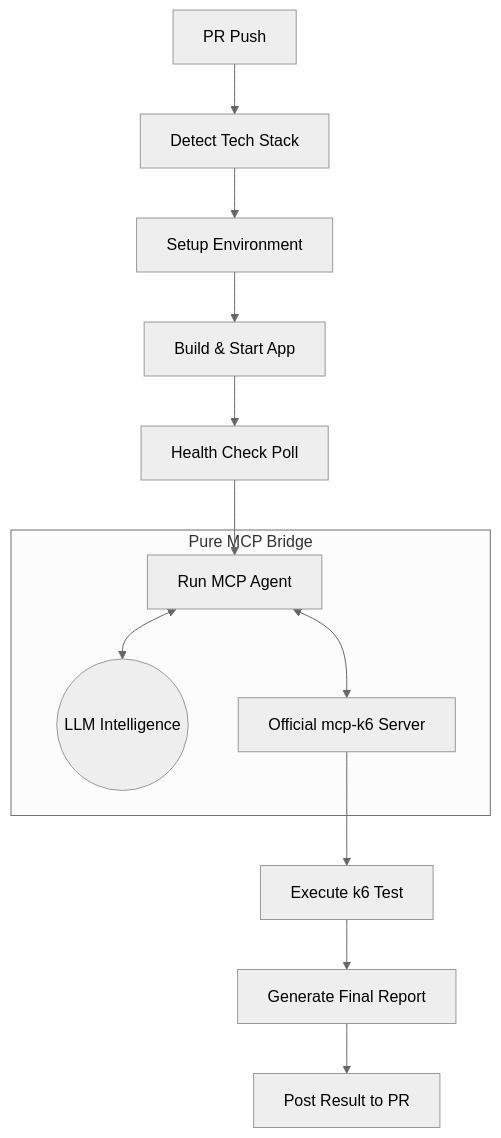
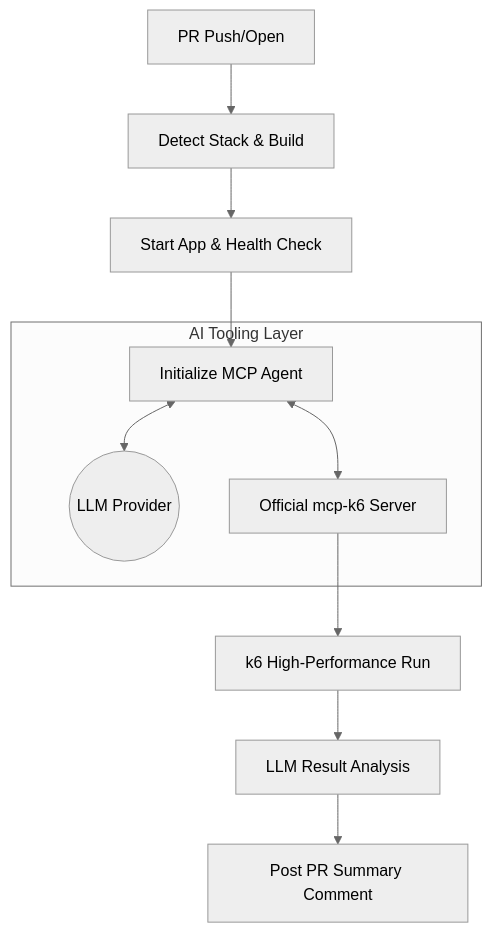
The diagram in README.md (shadmanakbar/k6-auto-pr-performance-tests), drawn with Mermaid (neutral theme) before and after one commit. The commit also changed other lines of this file, not shown here.

Commit message:
docs: finalize professional README with Mermaid diagrams

````diff
--- a/README.md
+++ b/README.md
@@ -31,17 +23,15 @@
 ```mermaid
 graph TD
-    A[PR Push] --> B[Detect Tech Stack]
-    B --> C[Setup Environment]
-    C --> D[Build & Start App]
-    D --> E[Health Check Poll]
-    E --> F[Run MCP Agent]
+    A[PR Push/Open] --> B[Detect Stack & Build]
+    B --> C[Start App & Health Check]
+    C --> D[Initialize MCP Agent]
     
-    subgraph "Pure MCP Bridge"
-    F <--> G((LLM Intelligence))
-    F <--> H[Official mcp-k6 Server]
+    subgraph "AI Tooling Layer"
+    D <--> E((LLM Provider))
+    D <--> F[Official mcp-k6 Server]
     end
     
-    H --> I[Execute k6 Test]
-    I --> J[Generate Final Report]
-    J --> K[Post Result to PR]
+    F --> G[k6 High-Performance Run]
+    G --> H[LLM Result Analysis]
+    H --> I[Post PR Summary Comment]
 ```
````
